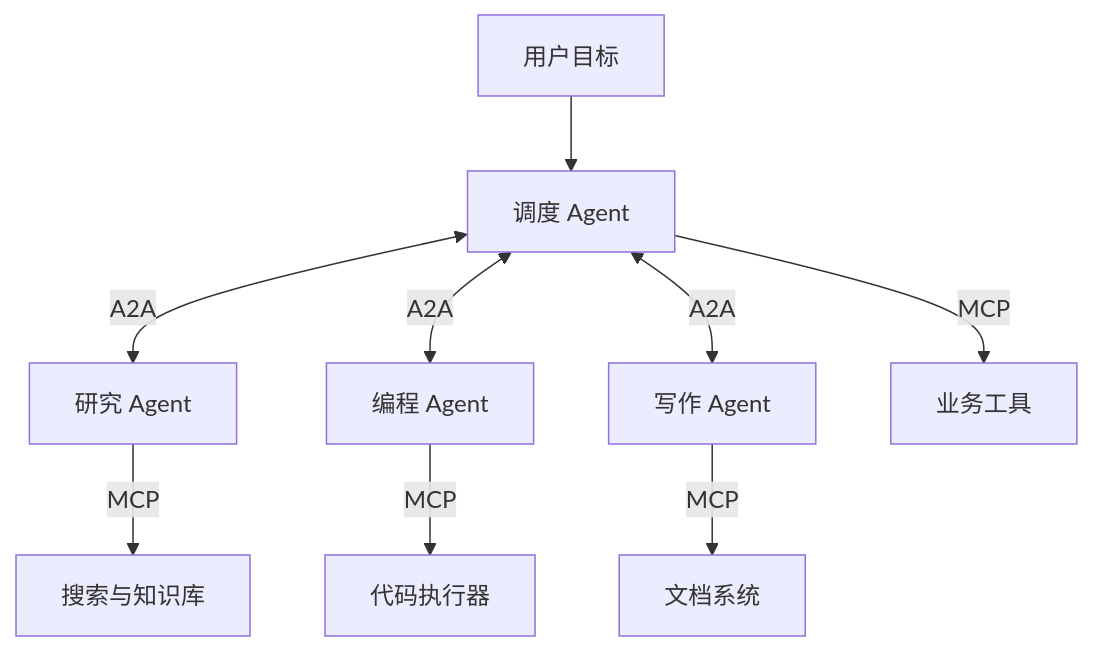
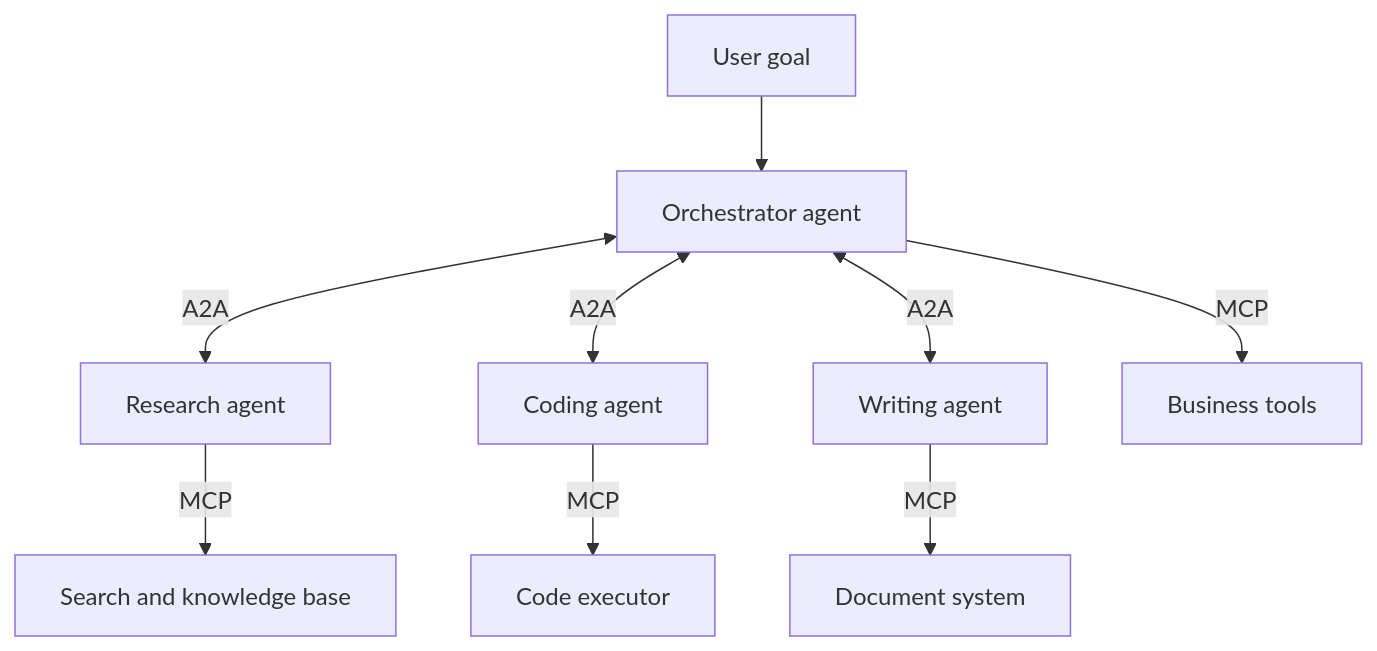
One commit to oneleaveknowsthefall/awesome-ai-roadmap changed the third of 3 diagrams in docs/agent/01-foundations/01-agent-foundations.md. Above: the diagram before and after it, drawn with Mermaid. The commit also changed other lines of this file and 68 other files, not shown here.

````diff
--- a/docs/agent/01-foundations/01-agent-foundations.md
+++ b/docs/agent/01-foundations/01-agent-foundations.md
@@ -251,13 +251,13 @@
 ```mermaid
 flowchart TB
-    U[用户目标] --> O[调度 Agent]
+    U[User goal] --> O[Orchestrator agent]
 
-    O <-->|A2A| R[研究 Agent]
-    O <-->|A2A| C[编程 Agent]
-    O <-->|A2A| W[写作 Agent]
+    O <-->|A2A| R[Research agent]
+    O <-->|A2A| C[Coding agent]
+    O <-->|A2A| W[Writing agent]
 
-    O -->|MCP| T1[业务工具]
-    R -->|MCP| T2[搜索与知识库]
-    C -->|MCP| T3[代码执行器]
-    W -->|MCP| T4[文档系统]
+    O -->|MCP| T1[Business tools]
+    R -->|MCP| T2[Search and knowledge base]
+    C -->|MCP| T3[Code executor]
+    W -->|MCP| T4[Document system]
 ```
````
